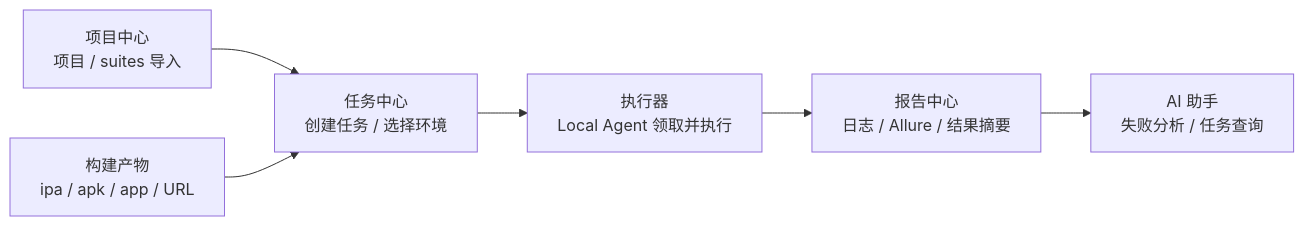
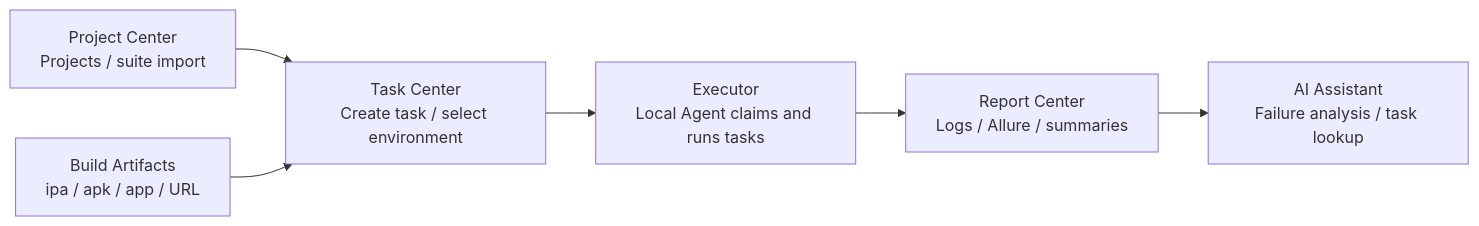
Before and after one commit to qd1332543/TestPlatform: the second of 4 diagrams in README.md, drawn with Mermaid. The commit also changed other lines of this file and 2 other files, not shown here.

````diff
--- a/README.md
+++ b/README.md
@@ -83,15 +90,15 @@
 ```mermaid
 flowchart LR
-    Project[项目中心<br/>项目 / suites 导入]
-    Build[构建产物<br/>ipa / apk / app / URL]
-    Task[任务中心<br/>创建任务 / 选择环境]
-    Agent[执行器<br/>Local Agent 领取并执行]
-    Report[报告中心<br/>日志 / Allure / 结果摘要]
-    AI[AI 助手<br/>失败分析 / 任务查询]
+    Project[Project Center<br/>Projects / suite import]
+    Build[Build Artifacts<br/>ipa / apk / app / URL]
+    Task[Task Center<br/>Create task / select environment]
+    Agent[Executor<br/>Local Agent claims and runs tasks]
+    Report[Report Center<br/>Logs / Allure / summaries]
+    AI[AI Assistant<br/>Failure analysis / task lookup]
 
     Project --> Task
     Build --> Task
     Task --> Agent
     Agent --> Report
     Report --> AI
 ```
````
